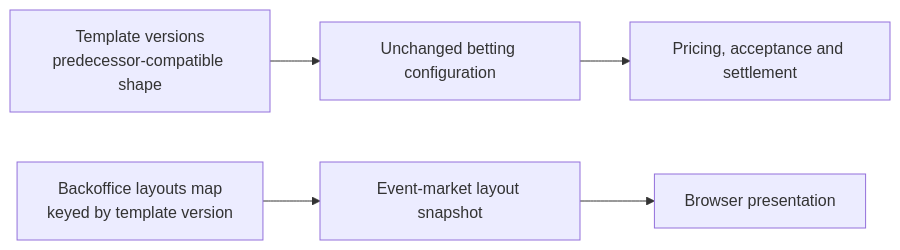
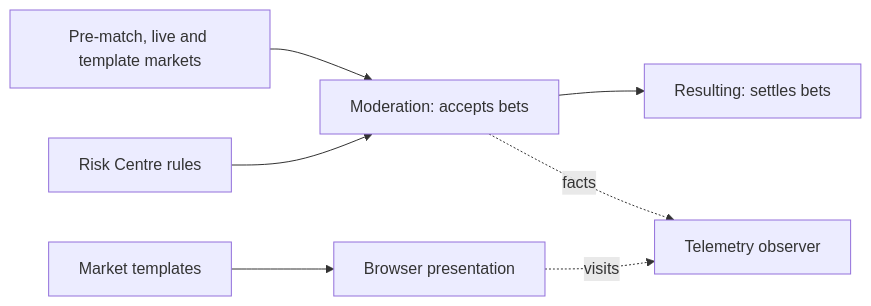
One commit to vasilyevstan/vasilyevstan changed the diagram in articles/ai-assisted-engineering-betstan.md. Above: the diagram before and after it, drawn with Mermaid. The commit also changed other lines of this file and 3 other files, not shown here.

````diff
--- a/articles/ai-assisted-engineering-betstan.md
+++ b/articles/ai-assisted-engineering-betstan.md
@@ -106,7 +64,9 @@
 ```mermaid
 flowchart LR
-    T["Template versions<br/>predecessor-compatible shape"] --> C["Unchanged betting configuration"]
-    C --> B["Pricing, acceptance and settlement"]
-    L["Backoffice layouts map<br/>keyed by template version"] --> S["Event-market layout snapshot"]
-    S --> UI["Browser presentation"]
+    LB["Pre-match, live and template markets"] --> M["Moderation: accepts bets"]
+    RC["Risk Centre rules"] --> M
+    M --> R["Resulting: settles bets"]
+    T["Market templates"] --> UI["Browser presentation"]
+    M -. facts .-> TL["Telemetry observer"]
+    UI -. visits .-> TL
 ```
````
